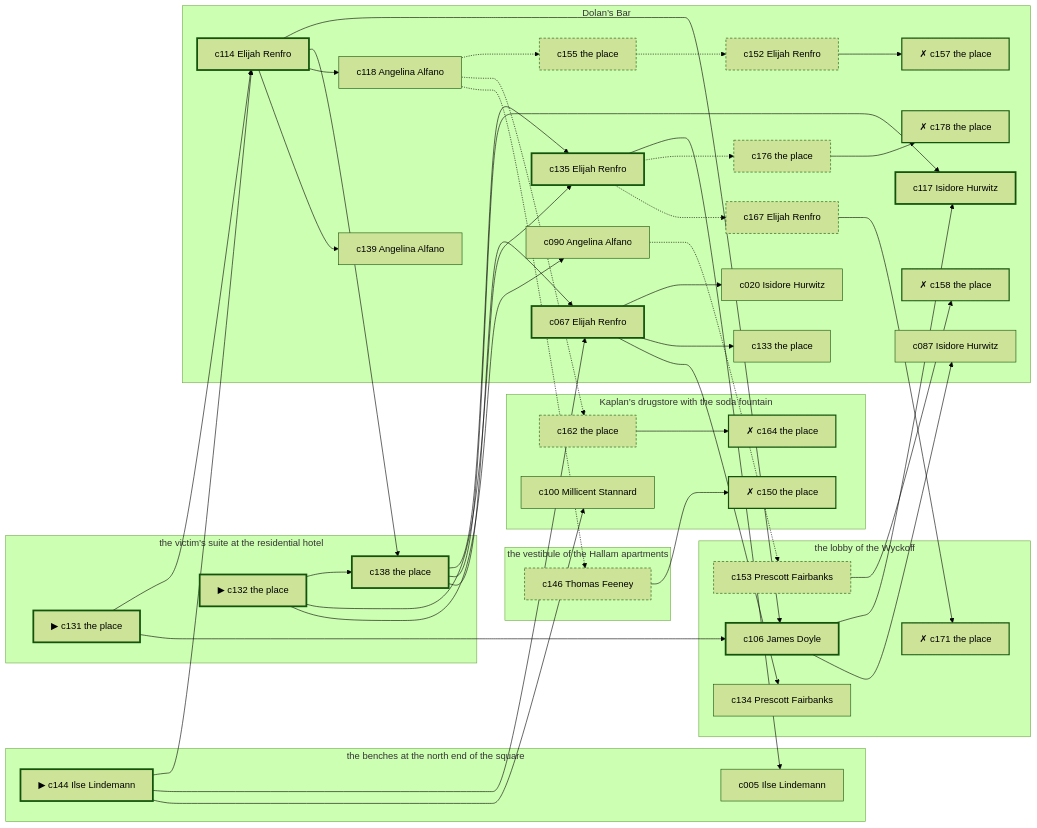
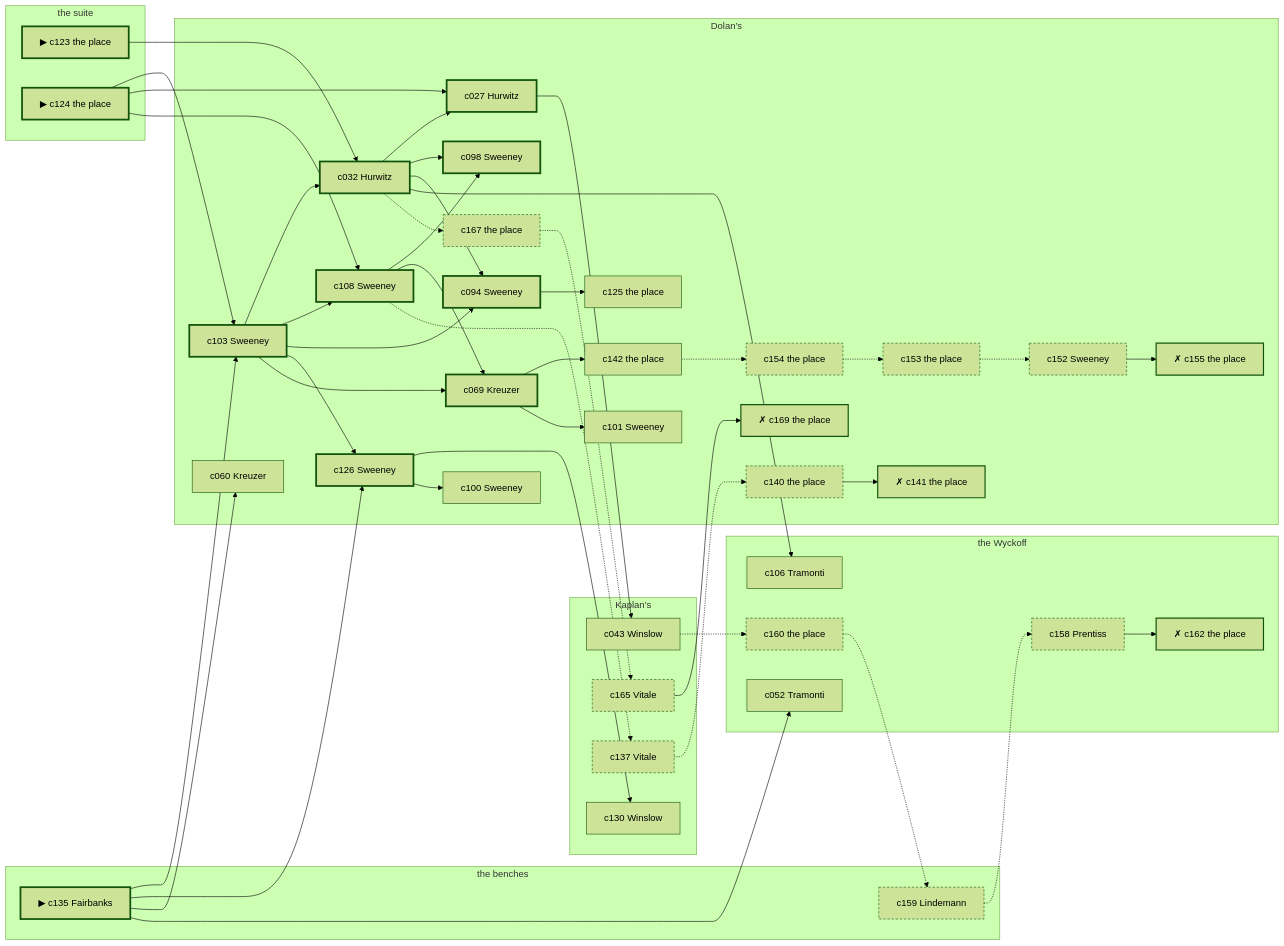
One commit to lyamshin/dashiell changed the diagram in docs/samples/case-20.md. Above: the diagram before and after it, drawn with Mermaid (forest theme). The commit also changed other lines of this file and 60 other files, not shown here.

````diff
--- a/docs/samples/case-20.md
+++ b/docs/samples/case-20.md
@@ -307,88 +314,94 @@
 ```mermaid
 graph LR
-  subgraph P1["the victim’s suite at the residential hotel"]
-    c131["▶ c131 the place"]
-    c132["▶ c132 the place"]
-    c138["c138 the place"]
+  subgraph P1["the suite"]
+    c123["▶ c123 the place"]
+    c124["▶ c124 the place"]
   end
-  subgraph P2["the benches at the north end of the square"]
-    c144["▶ c144 Ilse Lindemann"]
-    c005["c005 Ilse Lindemann"]
+  subgraph P2["the benches"]
+    c135["▶ c135 Fairbanks"]
+    c159["c159 Lindemann"]
   end
-  subgraph P3["the vestibule of the Hallam apartments"]
-    c146["c146 Thomas Feeney"]
+  subgraph P3["Kaplan’s"]
+    c130["c130 Winslow"]
+    c043["c043 Winslow"]
+    c137["c137 Vitale"]
+    c165["c165 Vitale"]
   end
-  subgraph P4["Kaplan’s drugstore with the soda fountain"]
-    c100["c100 Millicent Stannard"]
-    c162["c162 the place"]
-    c164["✗ c164 the place"]
-    c150["✗ c150 the place"]
+  subgraph P4["the Wyckoff"]
+    c106["c106 Tramonti"]
+    c052["c052 Tramonti"]
+    c160["c160 the place"]
+    c158["c158 Prentiss"]
+    c162["✗ c162 the place"]
   end
-  subgraph P5["the lobby of the Wyckoff"]
-    c106["c106 James Doyle"]
-    c134["c134 Prescott Fairbanks"]
-    c171["✗ c171 the place"]
-    c153["c153 Prescott Fairbanks"]
+  subgraph P5["Dolan’s"]
+    c103["c103 Sweeney"]
+    c032["c032 Hurwitz"]
+    c027["c027 Hurwitz"]
+    c108["c108 Sweeney"]
+    c098["c098 Sweeney"]
+    c094["c094 Sweeney"]
+    c126["c126 Sweeney"]
+    c069["c069 Kreuzer"]
+    c125["c125 the place"]
+    c060["c060 Kreuzer"]
+    c142["c142 the place"]
+    c100["c100 Sweeney"]
+    c101["c101 Sweeney"]
+    c154["c154 the place"]
+    c153["c153 the place"]
+    c152["c152 Sweeney"]
+    c155["✗ c155 the place"]
+    c140["c140 the place"]
+    c141["✗ c141 the place"]
+    c167["c167 the place"]
+    c169["✗ c169 the place"]
   end
-  subgraph P6["Dolan’s Bar"]
-    c114["c114 Elijah Renfro"]
-    c135["c135 Elijah Renfro"]
-    c117["c117 Isidore Hurwitz"]
-    c067["c067 Elijah Renfro"]
-    c087["c087 Isidore Hurwitz"]
-    c090["c090 Angelina Alfano"]
-    c020["c020 Isidore Hurwitz"]
-    c118["c118 Angelina Alfano"]
-    c139["c139 Angelina Alfano"]
-    c133["c133 the place"]
-    c155["c155 the place"]
-    c152["c152 Elijah Renfro"]
-    c157["✗ c157 the place"]
-    c176["c176 the place"]
-    c178["✗ c178 the place"]
-    c167["c167 Elijah Renfro"]
-    c158["✗ c158 the place"]
-  end
-  c131 --> c114
-  c131 --> c106
-  c132 --> c138
-  c132 --> c135
-  c132 --> c090
-  c144 --> c114
-  c144 --> c067
-  c144 --> c100
-  c114 --> c106
-  c114 --> c138
-  c114 --> c118
-  c114 --> c139
-  c106 --> c117
-  c106 --> c087
-  c138 --> c135
-  c138 --> c117
-  c138 --> c067
-  c135 --> c005
-  c135 -.-> c176
-  c135 -.-> c167
-  c067 --> c020
-  c067 --> c133
-  c067 --> c134
-  c090 -.-> c153
-  c118 -.-> c155
-  c118 -.-> c162
-  c118 -.-> c146
-  c155 -.-> c152
-  c152 --> c157
-  c176 --> c178
-  c162 --> c164
-  c167 --> c171
-  c146 --> c150
-  c153 --> c158
+  c123 --> c032
+  c124 --> c103
+  c124 --> c027
+  c124 --> c108
+  c135 --> c103
+  c135 --> c126
+  c135 --> c060
+  c135 --> c052
+  c103 --> c032
+  c103 --> c108
+  c103 --> c094
+  c103 --> c126
+  c103 --> c069
+  c032 --> c027
+  c032 --> c098
+  c032 --> c094
+  c032 --> c106
+  c032 -.-> c167
+  c027 --> c043
+  c108 --> c098
+  c108 --> c069
+  c108 -.-> c137
+  c094 --> c125
+  c126 --> c130
+  c126 --> c100
+  c069 --> c142
+  c069 --> c101
+  c043 -.-> c160
+  c142 -.-> c154
+  c154 -.-> c153
+  c153 -.-> c152
+  c152 --> c155
+  c160 -.-> c159
+  c159 -.-> c158
+  c158 --> c162
+  c137 -.-> c140
+  c140 --> c141
+  c167 -.-> c165
+  c165 --> c169
   classDef spine stroke-width:3px;
   classDef corrob stroke-width:1px;
   classDef noise stroke-dasharray: 4 3;
   classDef disq stroke-width:2px,stroke-dasharray: 1 0;
-  class c131,c132,c144,c114,c106,c138,c135,c117,c067 spine;
-  class c100,c087,c090,c020,c118,c139,c133,c134,c005 corrob;
-  class c155,c152,c176,c162,c167,c146,c153 noise;
-  class c157,c178,c164,c171,c150,c158 disq;
+  class c123,c124,c135,c103,c032,c027,c108,c098,c094,c126,c069 spine;
+  class c130,c106,c125,c060,c043,c142,c052,c100,c101 corrob;
+  class c154,c153,c152,c160,c159,c158,c137,c140,c167,c165 noise;
+  class c155,c162,c141,c169 disq;
 ```
````
